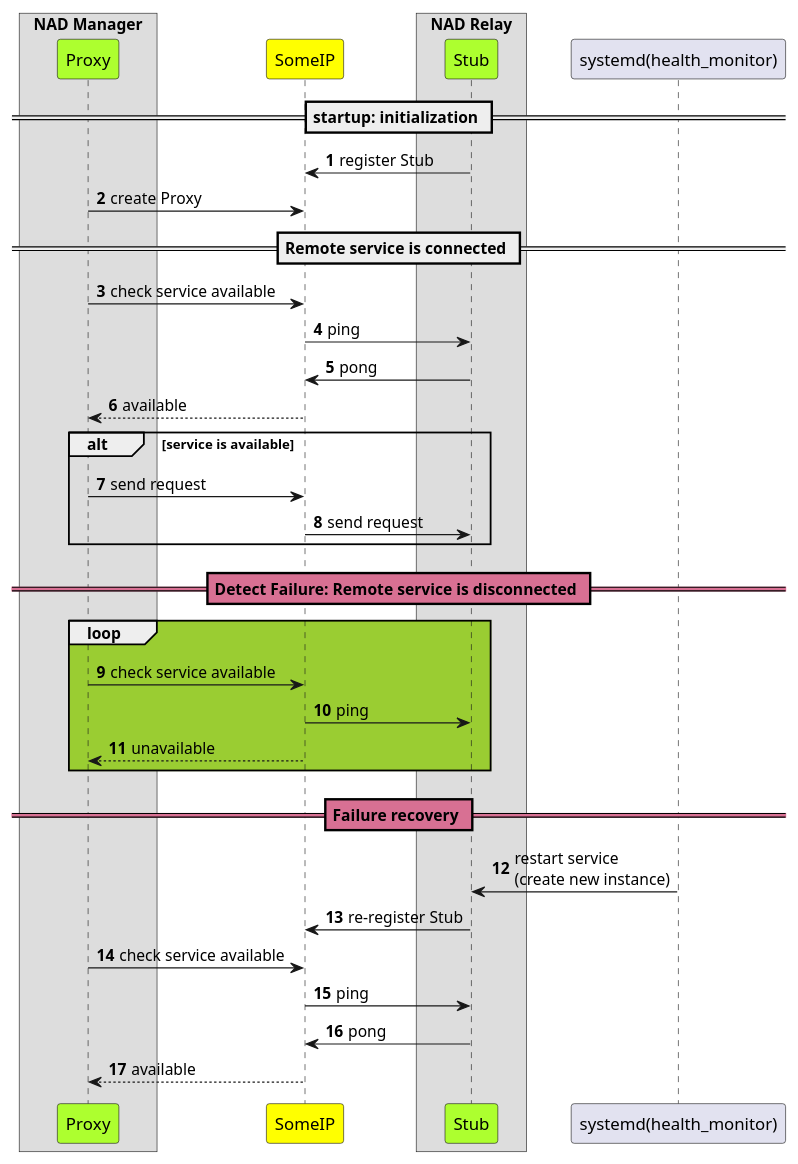
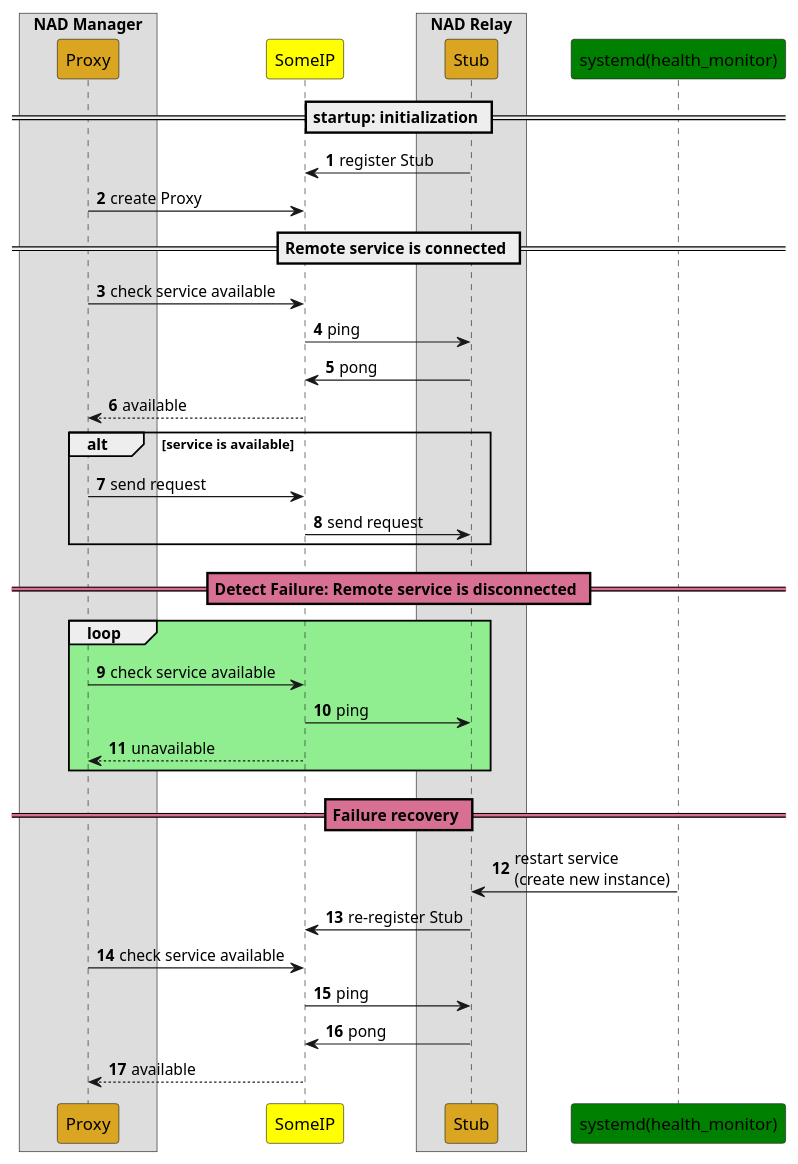
Before and after one commit to taikt/codefun: the second of 4 diagrams in doc/SA cert/Design/sequence_design/remote_availability.wsd, drawn with PlantUML. The commit also changed other lines of this file and 102 other files, not shown here.

```diff
--- a/doc/SA cert/Design/sequence_design/remote_availability.wsd
+++ b/doc/SA cert/Design/sequence_design/remote_availability.wsd
@@ -43,54 +43,54 @@
 @startuml
 !pragma teoz true
 autonumber
 'autoactivate on
 
 Box "NAD Manager" 
-participant "Proxy" as prox #GreenYellow
+participant "Proxy" as prox #GoldenRod
 end box
 
 participant "SomeIP" as bin #Yellow
 
 Box "NAD Relay" 
-participant "Stub" as stub #GreenYellow
+participant "Stub" as stub #GoldenRod
 end box
 
-participant "systemd(health_monitor)" as syst 
+participant "systemd(health_monitor)" as syst #Green
 == startup: initialization ==
 stub -> bin: register Stub
 
 prox -> bin: create Proxy
 
 == Remote service is connected ==
 prox -> bin: check service available
 
 bin -> stub: ping
 stub -> bin: pong
 bin --> prox: available
 
 alt service is available
 prox -> bin: send request
 bin -> stub: send request
 
 end 
 
 skinparam SequenceDividerBackgroundColor #PaleVioletRed
  == Detect Failure: Remote service is disconnected == 
 
-loop #YellowGreen 
+loop #LightGreen
 prox -> bin: check service available
 bin -> stub: ping
 bin --> prox: unavailable
 
 end loop
 
 == Failure recovery ==
 syst -> stub: restart service \n(create new instance)
 stub -> bin: re-register Stub
 
 prox -> bin: check service available
 
 bin -> stub: ping
 stub -> bin: pong
 bin --> prox: available
 @enduml
```
